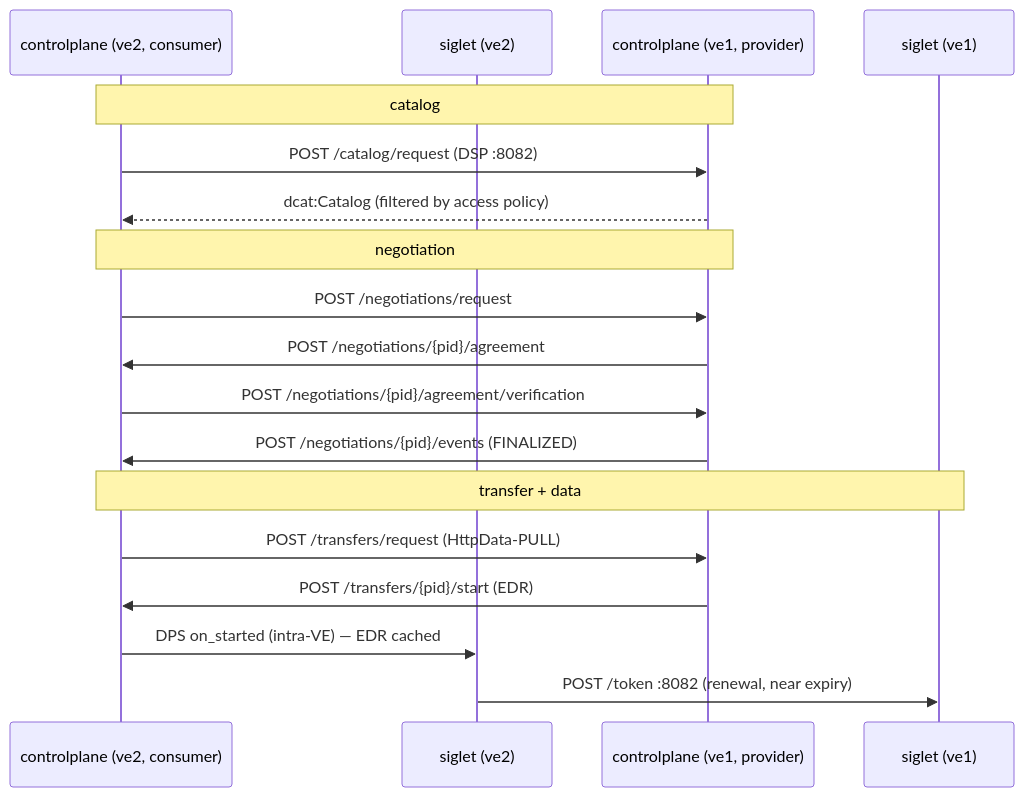
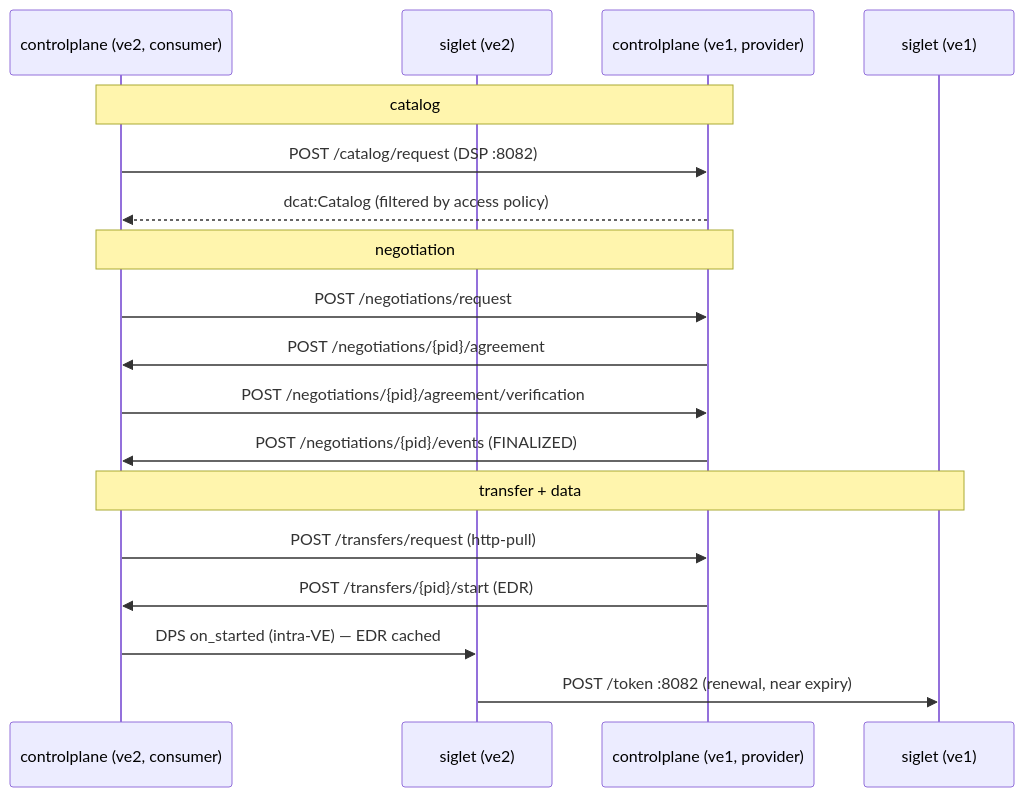
The second of 2 diagrams in docs/cross-ve-communication.md (Metaform/cx-ve), drawn with Mermaid before and after one commit. The commit also changed other lines of this file and 48 other files, not shown here.

````diff
--- a/docs/cross-ve-communication.md
+++ b/docs/cross-ve-communication.md
@@ -159,23 +159,23 @@
 ```mermaid
 sequenceDiagram
     participant CP2 as controlplane (ve2, consumer)
     participant SIG2 as siglet (ve2)
     participant CP1 as controlplane (ve1, provider)
     participant SIG1 as siglet (ve1)
 
     Note over CP2,CP1: catalog
     CP2->>CP1: POST /catalog/request (DSP :8082)
     CP1-->>CP2: dcat:Catalog (filtered by access policy)
 
     Note over CP2,CP1: negotiation
     CP2->>CP1: POST /negotiations/request
     CP1->>CP2: POST /negotiations/{pid}/agreement
     CP2->>CP1: POST /negotiations/{pid}/agreement/verification
     CP1->>CP2: POST /negotiations/{pid}/events (FINALIZED)
 
     Note over CP2,SIG1: transfer + data
-    CP2->>CP1: POST /transfers/request (HttpData-PULL)
+    CP2->>CP1: POST /transfers/request (http-pull)
     CP1->>CP2: POST /transfers/{pid}/start (EDR)
     CP2->>SIG2: DPS on_started (intra-VE) — EDR cached
     SIG2->>SIG1: POST /token :8082 (renewal, near expiry)
 ```
````
